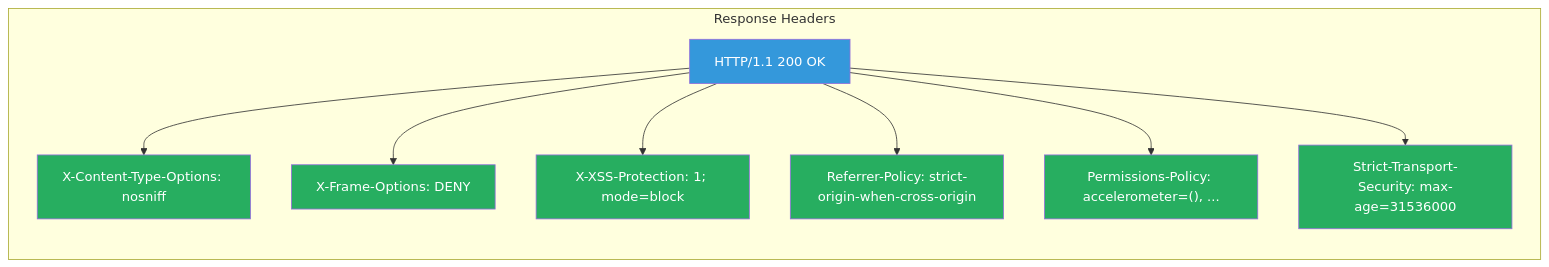
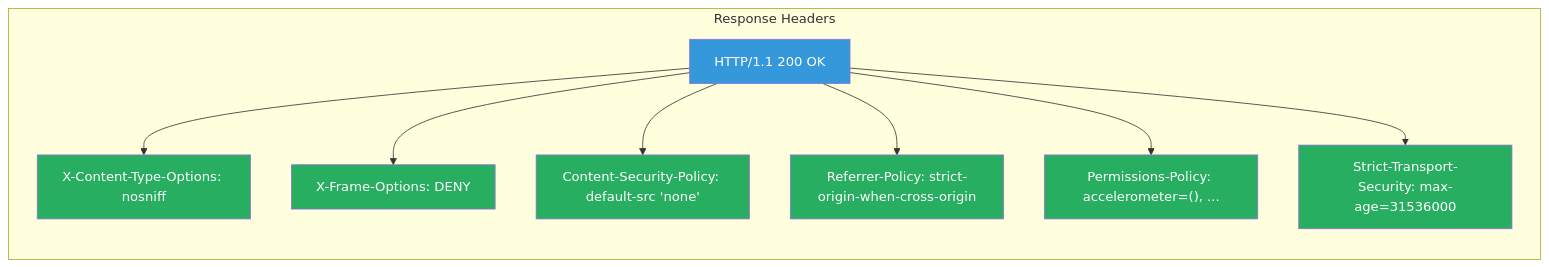
One commit to joseluisgs/TiendaDawApi-NetCore changed diagram 14 of 16 in doc/17-seguridad-http.md. Above: the diagram before and after it, drawn with Mermaid. The commit also changed other lines of this file and 4 other files, not shown here.

First line of the commit message:
fix(seguridad): sustituir X-XSS-Protection obsoleta por Content-Security-Policy

````diff
--- a/doc/17-seguridad-http.md
+++ b/doc/17-seguridad-http.md
@@ -747,19 +761,19 @@
 ```mermaid
 graph LR
     subgraph "Response Headers"
         A["HTTP/1.1 200 OK"] --> B["X-Content-Type-Options: nosniff"]
         A --> C["X-Frame-Options: DENY"]
-        A --> D["X-XSS-Protection: 1; mode=block"]
+        A --> D["Content-Security-Policy: default-src 'none'"]
         A --> E["Referrer-Policy: strict-origin-when-cross-origin"]
         A --> F["Permissions-Policy: accelerometer=(), ..."]    
         A --> G["Strict-Transport-Security: max-age=31536000"]
     end
     
     style A fill:#3498db,color:#fff
     style B fill:#27ae60,color:#fff
     style C fill:#27ae60,color:#fff
     style D fill:#27ae60,color:#fff
     style E fill:#27ae60,color:#fff
     style F fill:#27ae60,color:#fff
     style G fill:#27ae60,color:#fff
 ```
````
